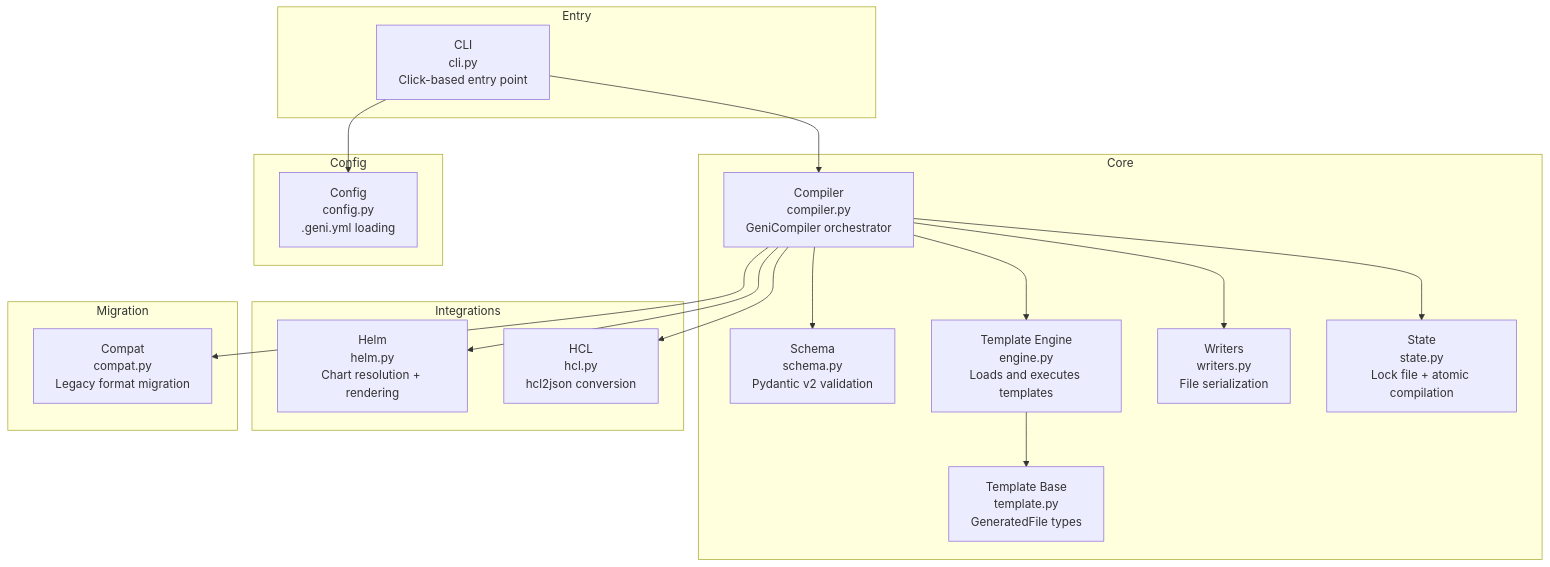
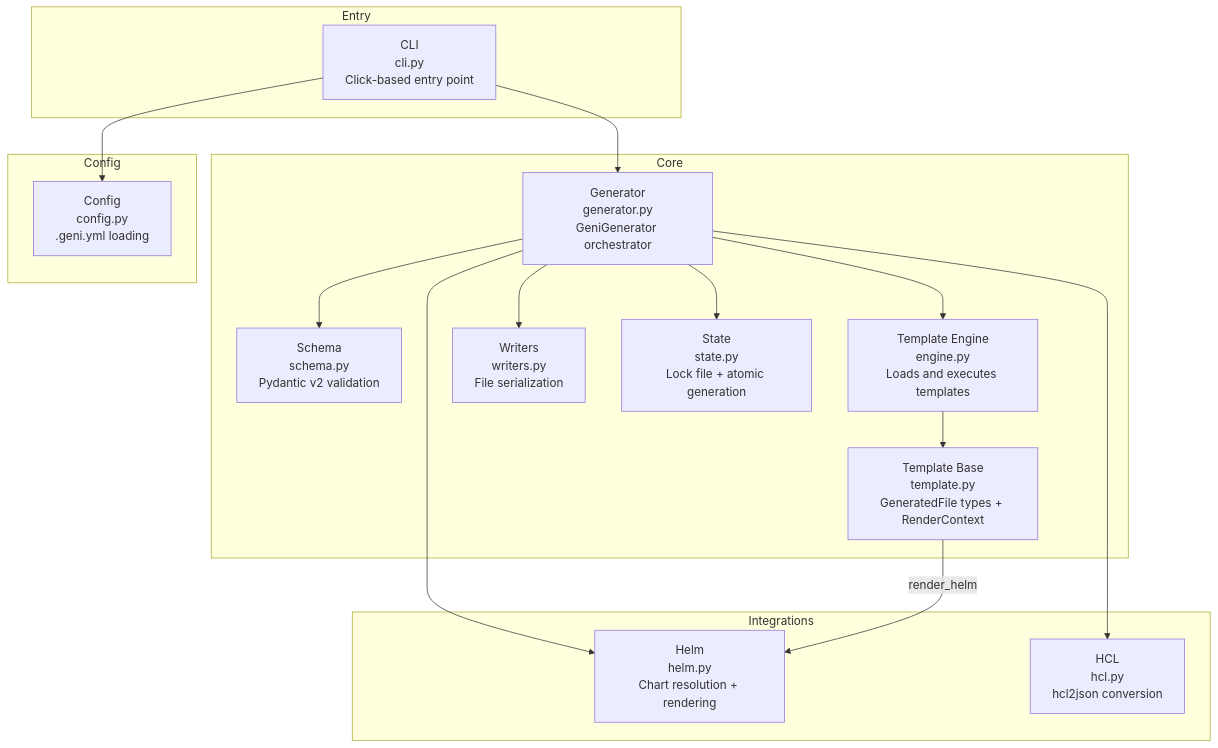
One commit to AgathEmmanuel/geni changed the second of 16 diagrams in ARCHITECTURE.md. Above: the diagram before and after it, drawn with Mermaid. The commit also changed other lines of this file and 46 other files, not shown here.

Commit message:
adding hcl json helm support

````diff
--- a/ARCHITECTURE.md
+++ b/ARCHITECTURE.md
@@ -33,39 +33,35 @@
 ```mermaid
 graph TB
     subgraph Entry
         CLI["CLI<br/>cli.py<br/>Click-based entry point"]
     end
 
     subgraph Core
-        Compiler["Compiler<br/>compiler.py<br/>GeniCompiler orchestrator"]
+        Generator["Generator<br/>generator.py<br/>GeniGenerator orchestrator"]
         Schema["Schema<br/>schema.py<br/>Pydantic v2 validation"]
         Engine["Template Engine<br/>engine.py<br/>Loads and executes templates"]
-        Templates["Template Base<br/>template.py<br/>GeneratedFile types"]
+        Templates["Template Base<br/>template.py<br/>GeneratedFile types + RenderContext"]
         Writers["Writers<br/>writers.py<br/>File serialization"]
-        State["State<br/>state.py<br/>Lock file + atomic compilation"]
+        State["State<br/>state.py<br/>Lock file + atomic generation"]
     end
 
     subgraph Integrations
         HelmInt["Helm<br/>helm.py<br/>Chart resolution + rendering"]
         HCL["HCL<br/>hcl.py<br/>hcl2json conversion"]
     end
 
-    subgraph Migration
-        Compat["Compat<br/>compat.py<br/>Legacy format migration"]
-    end
-
     subgraph Config
         GeniConfig["Config<br/>config.py<br/>.geni.yml loading"]
     end
 
-    CLI --> Compiler
+    CLI --> Generator
     CLI --> GeniConfig
-    Compiler --> Schema
-    Compiler --> Engine
-    Compiler --> Writers
-    Compiler --> State
-    Compiler --> HelmInt
-    Compiler --> HCL
-    Compiler --> Compat
+    Generator --> Schema
+    Generator --> Engine
+    Generator --> Writers
+    Generator --> State
+    Generator --> HelmInt
+    Generator --> HCL
     Engine --> Templates
+    Templates -->|render_helm| HelmInt
 ```
````
